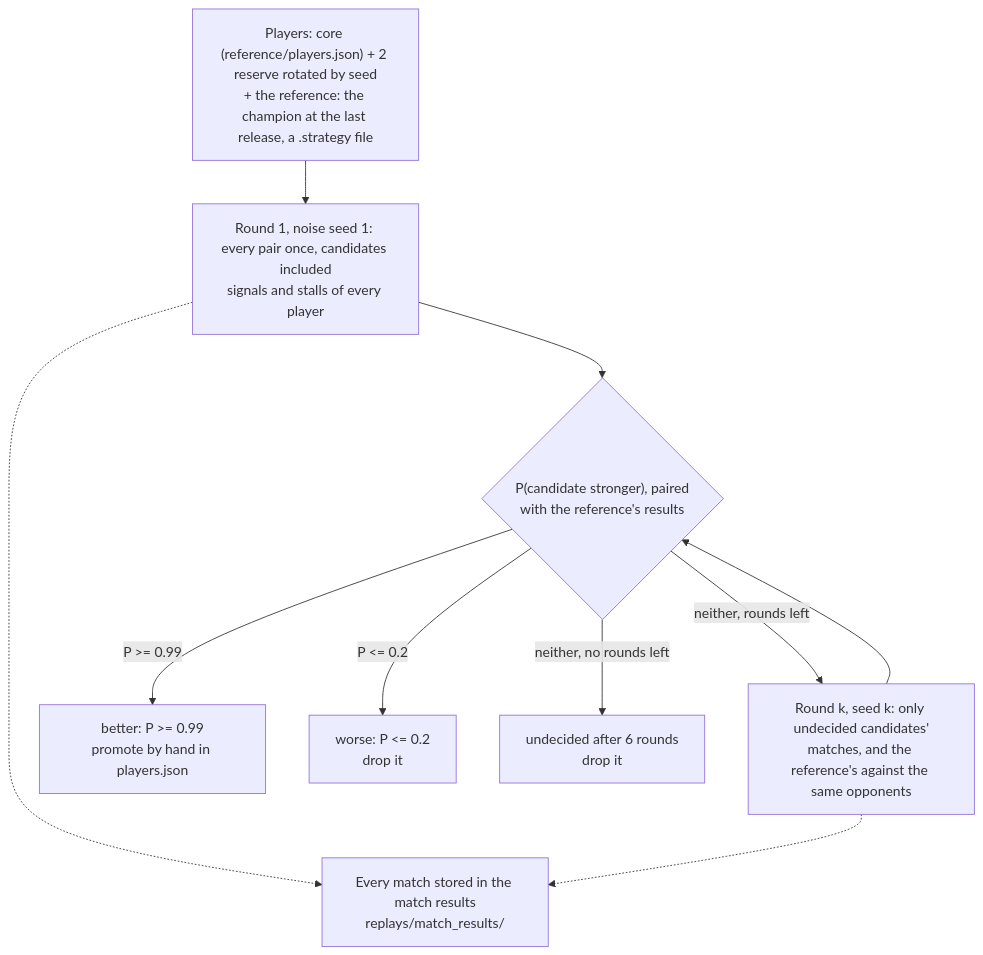
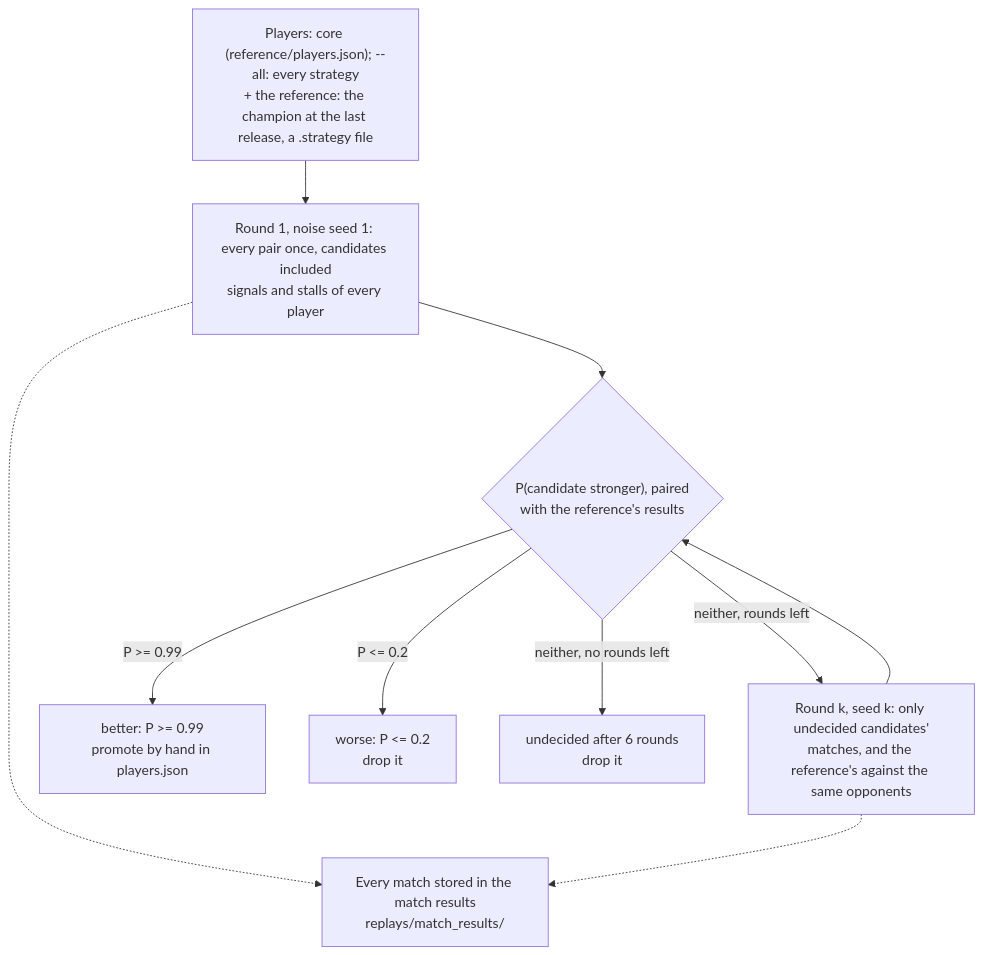
Before and after one commit to First-Order-RoboCup-SSL/Utama-Core: the fourth of 5 diagrams in docs/STRATEGY_DEVELOPMENT.md, drawn with Mermaid. The commit also changed other lines of this file and 8 other files, not shown here.

First line of the commit message:
tools: evaluate.py plays the core only; the reserve joins with --all

````diff
--- a/docs/STRATEGY_DEVELOPMENT.md
+++ b/docs/STRATEGY_DEVELOPMENT.md
@@ -265,18 +265,18 @@
 ```mermaid
 flowchart TD
-    p["Players: core (reference/players.json) + 2 reserve rotated by seed<br/>+ the reference: the champion at the last release, a .strategy file"]
+    p["Players: core (reference/players.json); --all: every strategy<br/>+ the reference: the champion at the last release, a .strategy file"]
     r1["Round 1, noise seed 1: every pair once, candidates included<br/>signals and stalls of every player"]
     rk["Round k, seed k: only undecided candidates'<br/>matches, and the reference's against the same opponents"]
     st["Every match stored in the match results<br/>replays/match_results/"]
     d{"P(candidate stronger), paired<br/>with the reference's results"}
     b["better: P >= 0.99<br/>promote by hand in players.json"]
     w["worse: P <= 0.2<br/>drop it"]
     u["undecided after 6 rounds<br/>drop it"]
     p --> r1 --> d
     r1 -.-> st
     rk -.-> st
     d -- "P >= 0.99" --> b
     d -- "P <= 0.2" --> w
     d -- "neither, rounds left" --> rk --> d
     d -- "neither, no rounds left" --> u
 ```
````
